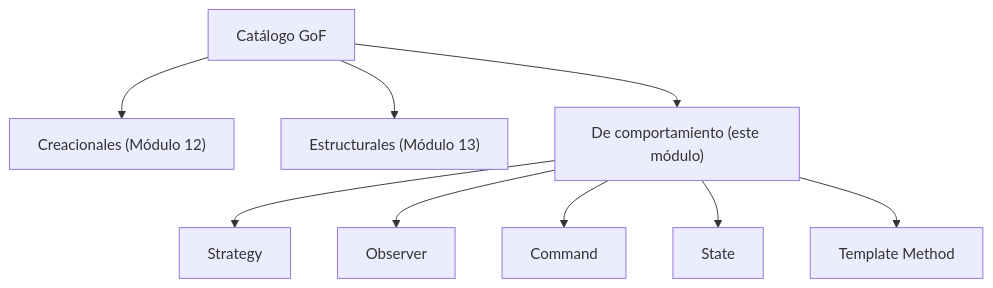
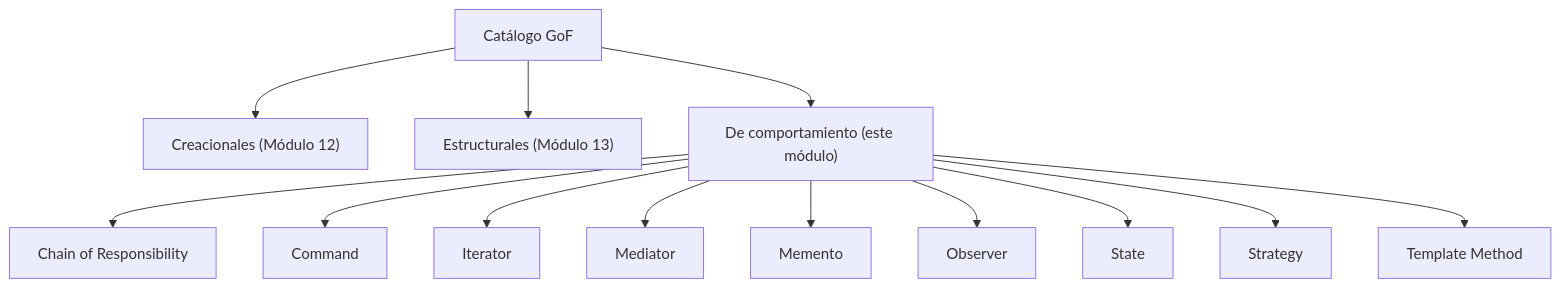
The first of 10 diagrams in generador-cursos/curso-java/14-patrones-comportamiento/material/slides/presentacion.md (crodrigr/skill-java), drawn with Mermaid before and after one commit. The commit also changed other lines of this file and 59 other files, not shown here.

````diff
--- a/generador-cursos/curso-java/14-patrones-comportamiento/material/slides/presentacion.md
+++ b/generador-cursos/curso-java/14-patrones-comportamiento/material/slides/presentacion.md
@@ -40,11 +36,15 @@
 ```mermaid
 flowchart TB
     GOF["Catálogo GoF"] --> C["Creacionales (Módulo 12)"]
     GOF --> E["Estructurales (Módulo 13)"]
     GOF --> B["De comportamiento (este módulo)"]
-    B --> ST["Strategy"]
+    B --> CH["Chain of Responsibility"]
+    B --> CO["Command"]
+    B --> IT["Iterator"]
+    B --> ME["Mediator"]
+    B --> MM["Memento"]
     B --> OB["Observer"]
-    B --> CO["Command"]
-    B --> SE["State"]
+    B --> ST["State"]
+    B --> SG["Strategy"]
     B --> TM["Template Method"]
 ```
````
